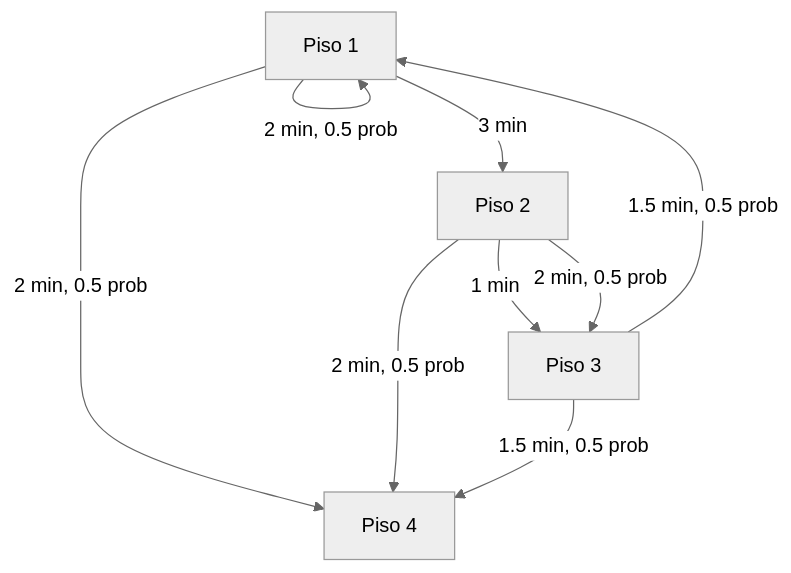
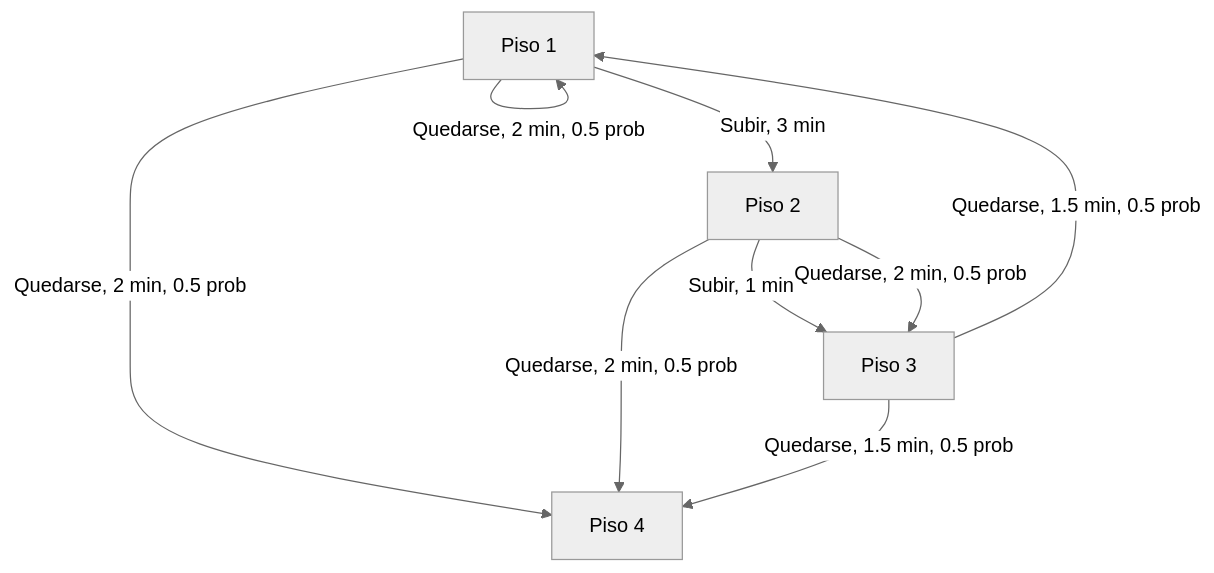
One commit to BRJoaquin/ia-obsidian changed the diagram in Agentes inteligentes/Procesos de Decisión de Markov.md. Above: the diagram before and after it, drawn with Mermaid (neutral theme).

Commit message:
vault backup: 2023-04-09 19:03:48

````diff
--- a/Agentes inteligentes/Procesos de Decisión de Markov.md
+++ b/Agentes inteligentes/Procesos de Decisión de Markov.md
@@ -111,11 +111,12 @@
 ```mermaid
 graph TD
-    A[Piso 1] -->|3 min| B[Piso 2]
-    A -->|2 min, 0.5 prob| A
-    A -->|2 min, 0.5 prob| D[Piso 4]
-    B -->|1 min| C[Piso 3]
-    B -->|2 min, 0.5 prob| C
-    B -->|2 min, 0.5 prob| D
-    C -->|1.5 min, 0.5 prob| A
-    C -->|1.5 min, 0.5 prob| D
+    A[Piso 1] -->|Subir, 3 min| B[Piso 2]
+    A -->|Quedarse, 2 min, 0.5 prob| A
+    A -->|Quedarse, 2 min, 0.5 prob| D[Piso 4]
+    B -->|Subir, 1 min| C[Piso 3]
+    B -->|Quedarse, 2 min, 0.5 prob| C
+    B -->|Quedarse, 2 min, 0.5 prob| D
+    C -->|Quedarse, 1.5 min, 0.5 prob| A
+    C -->|Quedarse, 1.5 min, 0.5 prob| D
+
 ```
````
